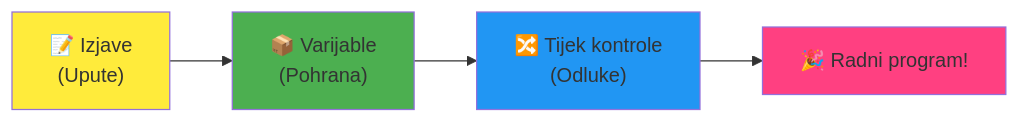
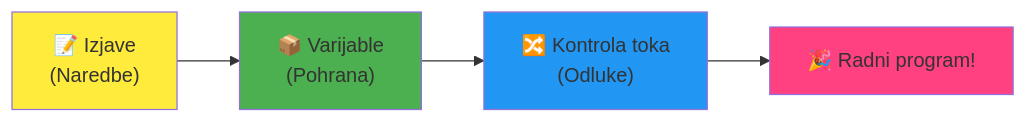
Before and after one commit to microsoft/Web-Dev-For-Beginners: the fourth of 7 diagrams in translations/hr/1-getting-started-lessons/1-intro-to-programming-languages/README.md, drawn with Mermaid. The commit also changed other lines of this file and 8 other files, not shown here.

````diff
--- a/translations/hr/1-getting-started-lessons/1-intro-to-programming-languages/README.md
+++ b/translations/hr/1-getting-started-lessons/1-intro-to-programming-languages/README.md
@@ -467,9 +467,9 @@
 ```mermaid
 flowchart LR
-    A["📝 Izjave<br/>(Upute)"] --> B["📦 Varijable<br/>(Pohrana)"] --> C["🔀 Tijek kontrole<br/>(Odluke)"] --> D["🎉 Radni program!"]
+    A["📝 Izjave<br/>(Naredbe)"] --> B["📦 Varijable<br/>(Pohrana)"] --> C["🔀 Kontrola toka<br/>(Odluke)"] --> D["🎉 Radni program!"]
     
     style A fill:#ffeb3b
     style B fill:#4caf50
     style C fill:#2196f3
     style D fill:#ff4081
 ```
````
